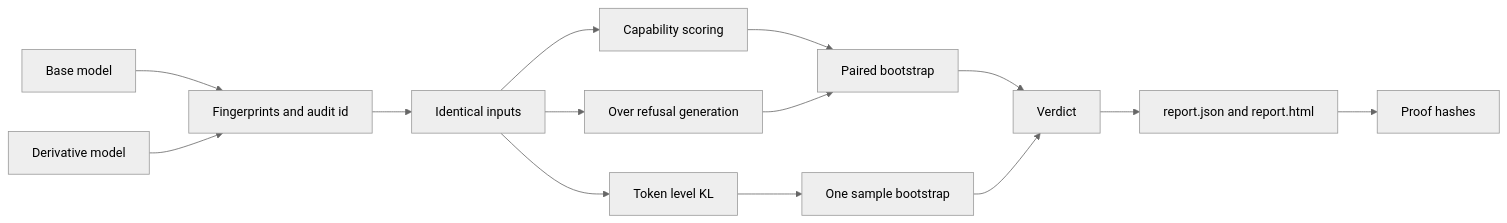
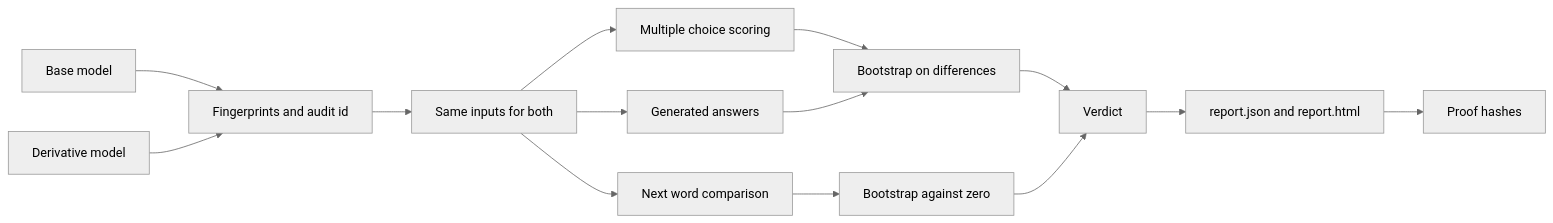
One commit to amareshhebbar/modeldiffr changed the diagram in docs/concepts/how_it_works.md. Above: the diagram before and after it, drawn with Mermaid (neutral theme). The commit also changed other lines of this file and 2 other files, not shown here.

````diff
--- a/docs/concepts/how_it_works.md
+++ b/docs/concepts/how_it_works.md
@@ -12,16 +14,16 @@
 ```mermaid
 flowchart LR
     A[Base model] --> P[Fingerprints and audit id]
     B[Derivative model] --> P
-    P --> C[Identical inputs]
-    C --> D[Capability scoring]
-    C --> E[Over refusal generation]
-    C --> F[Token level KL]
-    D --> G[Paired bootstrap]
+    P --> C[Same inputs for both]
+    C --> D[Multiple choice scoring]
+    C --> E[Generated answers]
+    C --> F[Next word comparison]
+    D --> G[Bootstrap on differences]
     E --> G
-    F --> H[One sample bootstrap]
+    F --> H[Bootstrap against zero]
     G --> I[Verdict]
     H --> I
     I --> J[report.json and report.html]
     J --> K[Proof hashes]
 ```
````
